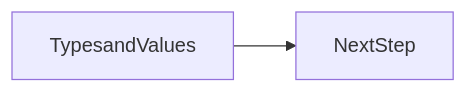
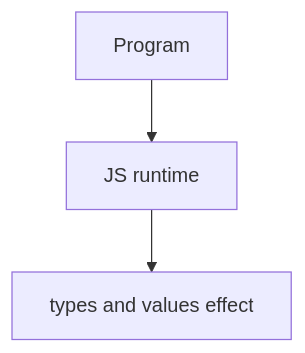
The second of 2 diagrams in docs/en/06-javascript/types-and-values/index.md (OmidJavaherii/Frontend-Engineering-Handbook), drawn with Mermaid before and after one commit. The commit also changed other lines of this file and 461 other files, not shown here.

````diff
--- a/docs/en/06-javascript/types-and-values/index.md
+++ b/docs/en/06-javascript/types-and-values/index.md
@@ -95,4 +108,5 @@
 ```mermaid
-flowchart LR
-  concept[TypesandValues] --> nextStep[NextStep]
+flowchart TD
+  Code[Program] --> Runtime[JS runtime]
+  Runtime --> Effect[types and values effect]
 ```
````
